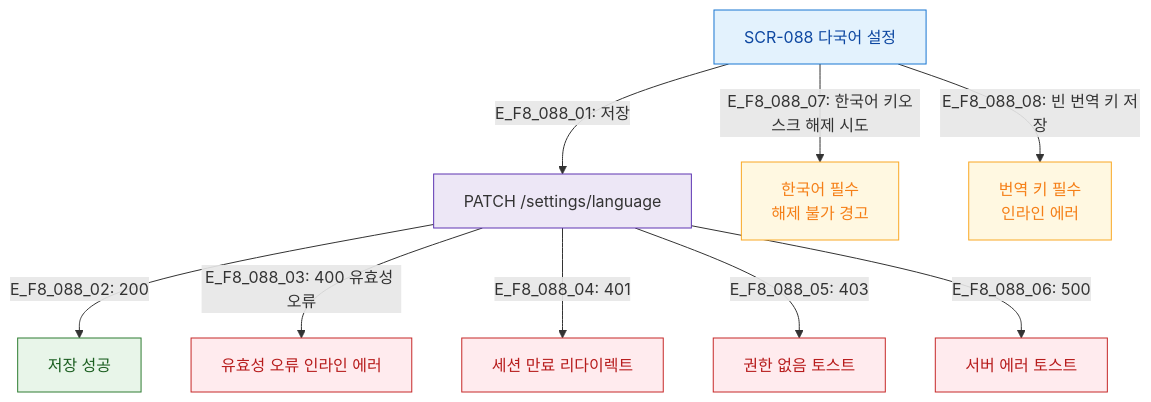
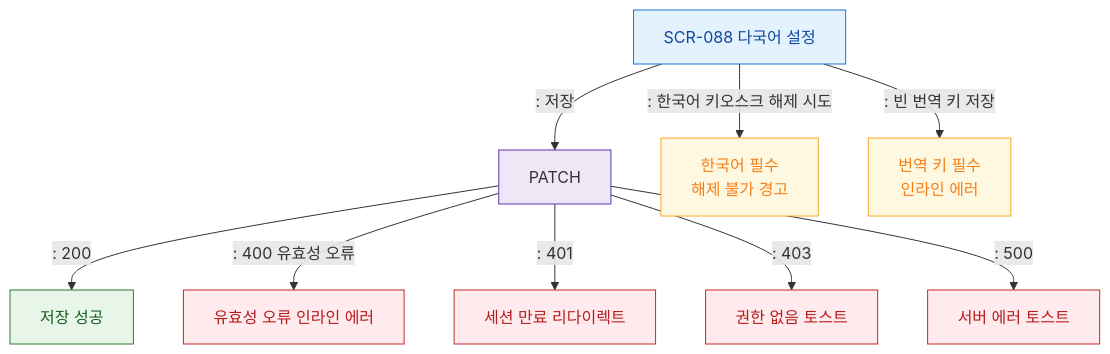
One commit to dev-spogym/admin-pando changed the diagram in docs/다이어그램/D09_설정관리/SCR-088_다국어설정/F8_에러예외복구.md. Above: the diagram before and after it, drawn with Mermaid. The commit also changed other lines of this file and 1660 other files, not shown here.

First line of the commit message:
다이어그램: 기획자/클라이언트 납품본으로 정리

````diff
--- a/docs/다이어그램/D09_설정관리/SCR-088_다국어설정/F8_에러예외복구.md
+++ b/docs/다이어그램/D09_설정관리/SCR-088_다국어설정/F8_에러예외복구.md
@@ -14,25 +12,25 @@
 ```mermaid
 flowchart TD
     SCR088[SCR-088 다국어 설정]
 
-    SCR088 -->|"E_F8_088_01: 저장"| SaveReq[PATCH /settings/language]
-    SaveReq -->|"E_F8_088_02: 200"| SaveOK[저장 성공]
-    SaveReq -->|"E_F8_088_03: 400 유효성 오류"| E_Validation[유효성 오류 인라인 에러]
-    SaveReq -->|"E_F8_088_04: 401"| E_Auth[세션 만료 리다이렉트]
-    SaveReq -->|"E_F8_088_05: 403"| E_Perm[권한 없음 토스트]
-    SaveReq -->|"E_F8_088_06: 500"| E_Server[서버 에러 토스트]
+    SCR088 -->|": 저장"|SaveReq[PATCH]
+    SaveReq -->|": 200"|SaveOK[저장 성공]
+    SaveReq -->|": 400 유효성 오류"|E_Validation[유효성 오류 인라인 에러]
+    SaveReq -->|": 401"|E_Auth[세션 만료 리다이렉트]
+    SaveReq -->|": 403"|E_Perm[권한 없음 토스트]
+    SaveReq -->|": 500"|E_Server[서버 에러 토스트]
 
-    SCR088 -->|"E_F8_088_07: 한국어 키오스크 해제 시도"| E_KoRequired[한국어 필수\n해제 불가 경고]
-    SCR088 -->|"E_F8_088_08: 빈 번역 키 저장"| E_EmptyKey[번역 키 필수\n인라인 에러]
+    SCR088 -->|": 한국어 키오스크 해제 시도"|E_KoRequired[한국어 필수\n해제 불가 경고]
+    SCR088 -->|": 빈 번역 키 저장"|E_EmptyKey[번역 키 필수\n인라인 에러]
 
     classDef screen fill:#E3F2FD,stroke:#1976D2,color:#0D47A1
     classDef error fill:#FFEBEE,stroke:#C62828,color:#B71C1C
     classDef success fill:#E8F5E9,stroke:#2E7D32,color:#1B5E20
     classDef warning fill:#FFF8E1,stroke:#F9A825,color:#F57F17
     classDef system fill:#EDE7F6,stroke:#5E35B2
     class SCR088 screen
     class SaveOK success
     class E_KoRequired,E_EmptyKey warning
     class E_Validation,E_Auth,E_Perm,E_Server error
     class SaveReq system
 ```
````
